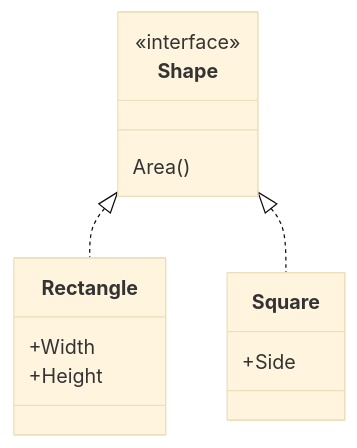
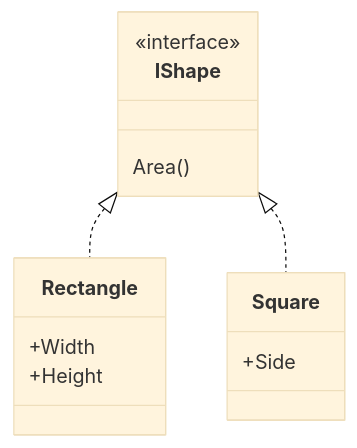
One commit to jeff-adkisson/swe-4743-spring-2026-oo-design changed the third of 4 diagrams in presentations/06-liskov-substitution-principle.md. Above: the diagram before and after it, drawn with Mermaid (base theme). The commit also changed other lines of this file and 1 other file, not shown here.

````diff
--- a/presentations/06-liskov-substitution-principle.md
+++ b/presentations/06-liskov-substitution-principle.md
@@ -210,21 +246,21 @@
 ```mermaid
 classDiagram
 direction TB
 
-class Shape {
+class IShape {
   <<interface>>
   Area()
 }
 
 class Rectangle {
   +Width
   +Height
 }
 
 class Square {
   +Side
 }
 
-Shape <|.. Rectangle
-Shape <|.. Square
+IShape <|.. Rectangle
+IShape <|.. Square
 ```
````
